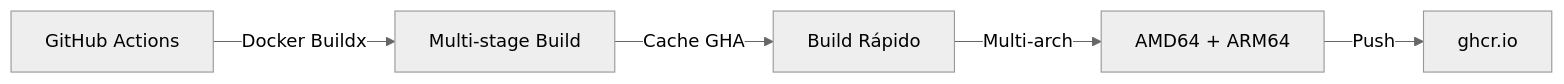
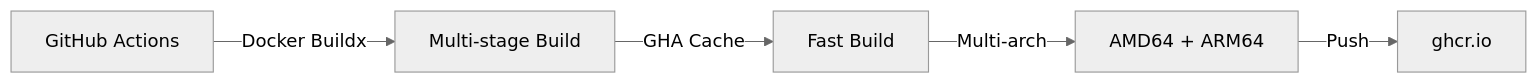
The second of 2 diagrams in docs/CI_CD_STRATEGY.md (fede-r1c0/backstage), drawn with Mermaid (neutral theme) before and after one commit. The commit also changed other lines of this file and 1 other file, not shown here.

````diff
--- a/docs/CI_CD_STRATEGY.md
+++ b/docs/CI_CD_STRATEGY.md
@@ -24,7 +80,7 @@
 ```mermaid
 graph LR
     A[GitHub Actions] -->|Docker Buildx| B[Multi-stage Build]
-    B -->|Cache GHA| C[Build Rápido]
+    B -->|GHA Cache| C[Fast Build]
     C -->|Multi-arch| D[AMD64 + ARM64]
     D -->|Push| E[ghcr.io]
 ```
````
